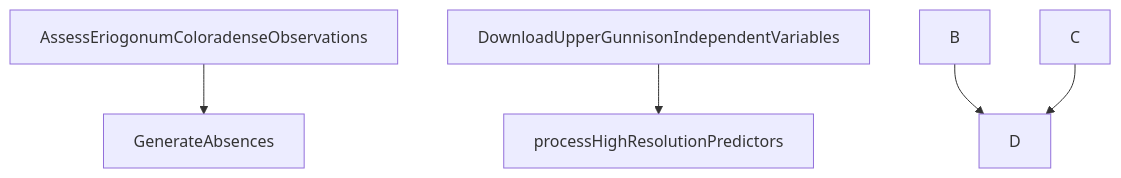
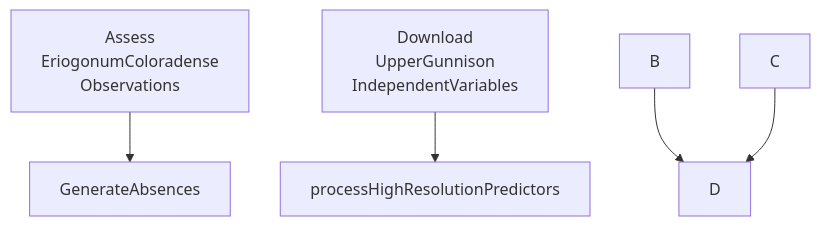
The diagram in README.md (sagesteppe/Ecoloradense), drawn with Mermaid before and after one commit.

Commit message:
what about newline

````diff
--- a/README.md
+++ b/README.md
@@ -37,7 +37,7 @@
 ```mermaid
 graph TD;
-    AssessEriogonumColoradenseObservations-->GenerateAbsences;
-    DownloadUpperGunnisonIndependentVariables-->processHighResolutionPredictors
+    Assess\nEriogonumColoradense\nObservations-->GenerateAbsences;
+    Download\nUpperGunnison\nIndependentVariables-->processHighResolutionPredictors
     B-->D;
     C-->D;
 ```
````
